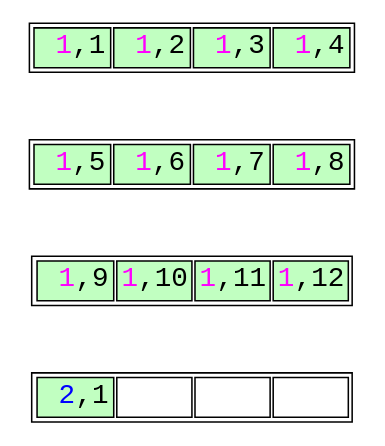
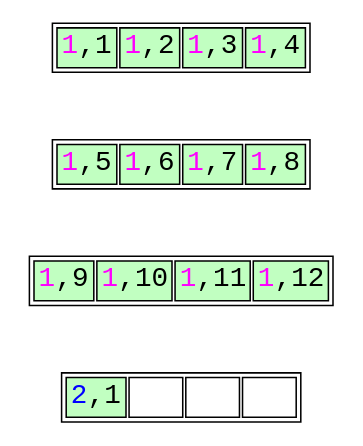
The diagram in optimized-leaf-page-split-3.dot (petergeoghegan/pg_query_internals), drawn with Graphviz before and after one commit. The commit also changed 5 other files, not shown here.

```diff
--- a/optimized-leaf-page-split-3.dot
+++ b/optimized-leaf-page-split-3.dot
@@ -1,64 +1,64 @@
 // Example B-Tree graph
 //
 // Breadth-first order
 //
 // Start from root, go left to right
 //
 // Workflow:
 //
 // $ dot -T svg btree.dot -o btree.svg;
 
 digraph nbtree {
 graph [fontname = "monospace"];
 node [shape = none,height=.1,fontname = "monospace",fontsize=18];
 // Level 0 (leaf level)
-leafnode_2[ label=<<table>
+leafnode_2[ label=<<table width="140">
                     <tr>
-                        <td bgcolor='darkseagreen1' port="t2"> <font color="magenta">1</font>,1</td>
-                        <td bgcolor='darkseagreen1' port="t3"> <font color="magenta">1</font>,2</td>
-                        <td bgcolor='darkseagreen1' port="t4"> <font color="magenta">1</font>,3</td>
-                        <td bgcolor='darkseagreen1' port="t4"> <font color="magenta">1</font>,4</td>
+                        <td bgcolor='darkseagreen1' port="t2" width="35"><font color="magenta">1</font>,1</td>
+                        <td bgcolor='darkseagreen1' port="t3" width="35"><font color="magenta">1</font>,2</td>
+                        <td bgcolor='darkseagreen1' port="t4" width="35"><font color="magenta">1</font>,3</td>
+                        <td bgcolor='darkseagreen1' port="t4" width="35"><font color="magenta">1</font>,4</td>
                     </tr>
                 </table>
                >
         ];
 edge[style=invis];
 "leafnode_2" -> "leafnode_3"
-leafnode_3[ label=<<table>
+leafnode_3[ label=<<table width="140">
                     <tr>
-                        <td bgcolor='darkseagreen1' port="t4"> <font color="magenta">1</font>,5</td>
-                        <td bgcolor='darkseagreen1' port="t4"> <font color="magenta">1</font>,6</td>
-                        <td bgcolor='darkseagreen1' port="t4"> <font color="magenta">1</font>,7</td>
-                        <td bgcolor='darkseagreen1' port="t4"> <font color="magenta">1</font>,8</td>
+                        <td bgcolor='darkseagreen1' port="t4" width="35"><font color="magenta">1</font>,5</td>
+                        <td bgcolor='darkseagreen1' port="t4" width="35"><font color="magenta">1</font>,6</td>
+                        <td bgcolor='darkseagreen1' port="t4" width="35"><font color="magenta">1</font>,7</td>
+                        <td bgcolor='darkseagreen1' port="t4" width="35"><font color="magenta">1</font>,8</td>
                     </tr>
                 </table>
                >
         ];
 edge[style=invis];
 "leafnode_3" -> "leafnode_4"
-leafnode_4[ label=<<table>
+leafnode_4[ label=<<table width="140">
                     <tr>
-                        <td bgcolor='darkseagreen1' port="t4"> <font color="magenta">1</font>,9</td>
-                        <td bgcolor='darkseagreen1' port="t4"><font color="magenta">1</font>,10</td>
-                        <td bgcolor='darkseagreen1' port="t4"><font color="magenta">1</font>,11</td>
-                        <td bgcolor='darkseagreen1' port="t4"><font color="magenta">1</font>,12</td>
+                        <td bgcolor='darkseagreen1' port="t4" width="35"><font color="magenta">1</font>,9</td>
+                        <td bgcolor='darkseagreen1' port="t4" width="35"><font color="magenta">1</font>,10</td>
+                        <td bgcolor='darkseagreen1' port="t4" width="35"><font color="magenta">1</font>,11</td>
+                        <td bgcolor='darkseagreen1' port="t4" width="35"><font color="magenta">1</font>,12</td>
                     </tr>
                 </table>
                >
         ];
 edge[style=invis];
 "leafnode_4" -> "leafnode_5"
-leafnode_5[ label=<<table>
+leafnode_5[ label=<<table width="140">
                     <tr>
-                        <td bgcolor='darkseagreen1' port="t4"> <font color="blue">2</font>,1</td>
-                        <td bgcolor='white' port="t3">    </td>
-                        <td bgcolor='white' port="t3">    </td>
-                        <td bgcolor='white' port="t3">    </td>
+                        <td bgcolor='darkseagreen1' port="t4" width="35"><font color="blue">2</font>,1</td>
+                        <td bgcolor='white' port="t3" width="35"></td>
+                        <td bgcolor='white' port="t3" width="35"></td>
+                        <td bgcolor='white' port="t3" width="35"></td>
                     </tr>
                 </table>
                >
         ];
 //Force alignment from root to internal to leaf levels:
 //edge[style=invis];
 //"rootnode":d1 -> "leafnode_2":t2
 }
```
